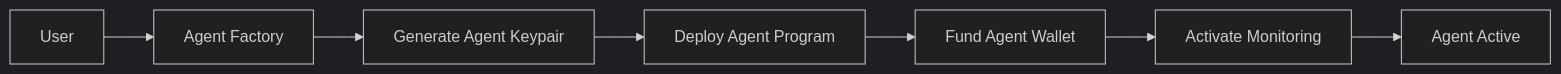
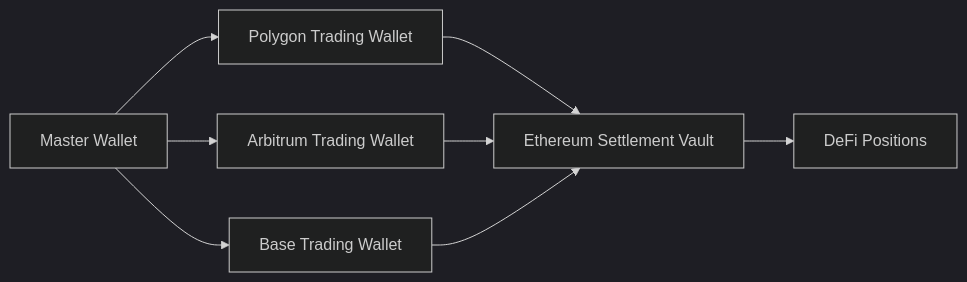
One commit to trenchsheikh/c0gni changed the diagram in docs/quickstart.mdx. Above: the diagram before and after it, drawn with Mermaid (dark theme). The commit also changed other lines of this file and 10 other files, not shown here.

First line of the commit message:
Transform platform from Solana to Ethereum multi-chain AI trading

````diff
--- a/docs/quickstart.mdx
+++ b/docs/quickstart.mdx
@@ -167,9 +199,10 @@
 ```mermaid
 graph LR
-    A[User] --> B[Agent Factory]
-    B --> C[Generate Agent Keypair]
-    C --> D[Deploy Agent Program]
-    D --> E[Fund Agent Wallet]
-    E --> F[Activate Monitoring]
-    F --> G[Agent Active]
+    A[Master Wallet] --> B[Polygon Trading Wallet]
+    A --> C[Arbitrum Trading Wallet]
+    A --> D[Base Trading Wallet]
+    B --> E[Ethereum Settlement Vault]
+    C --> E
+    D --> E
+    E --> F[DeFi Positions]
 ```
````
